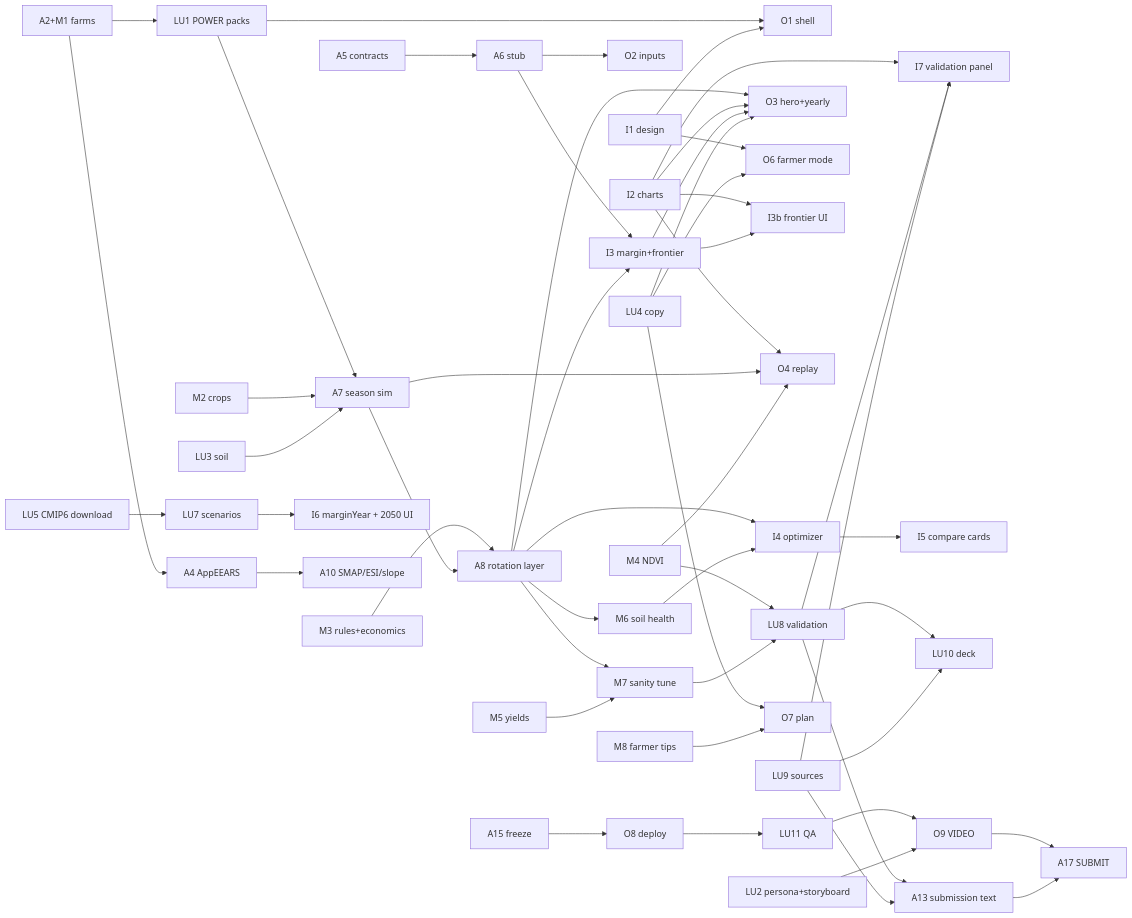
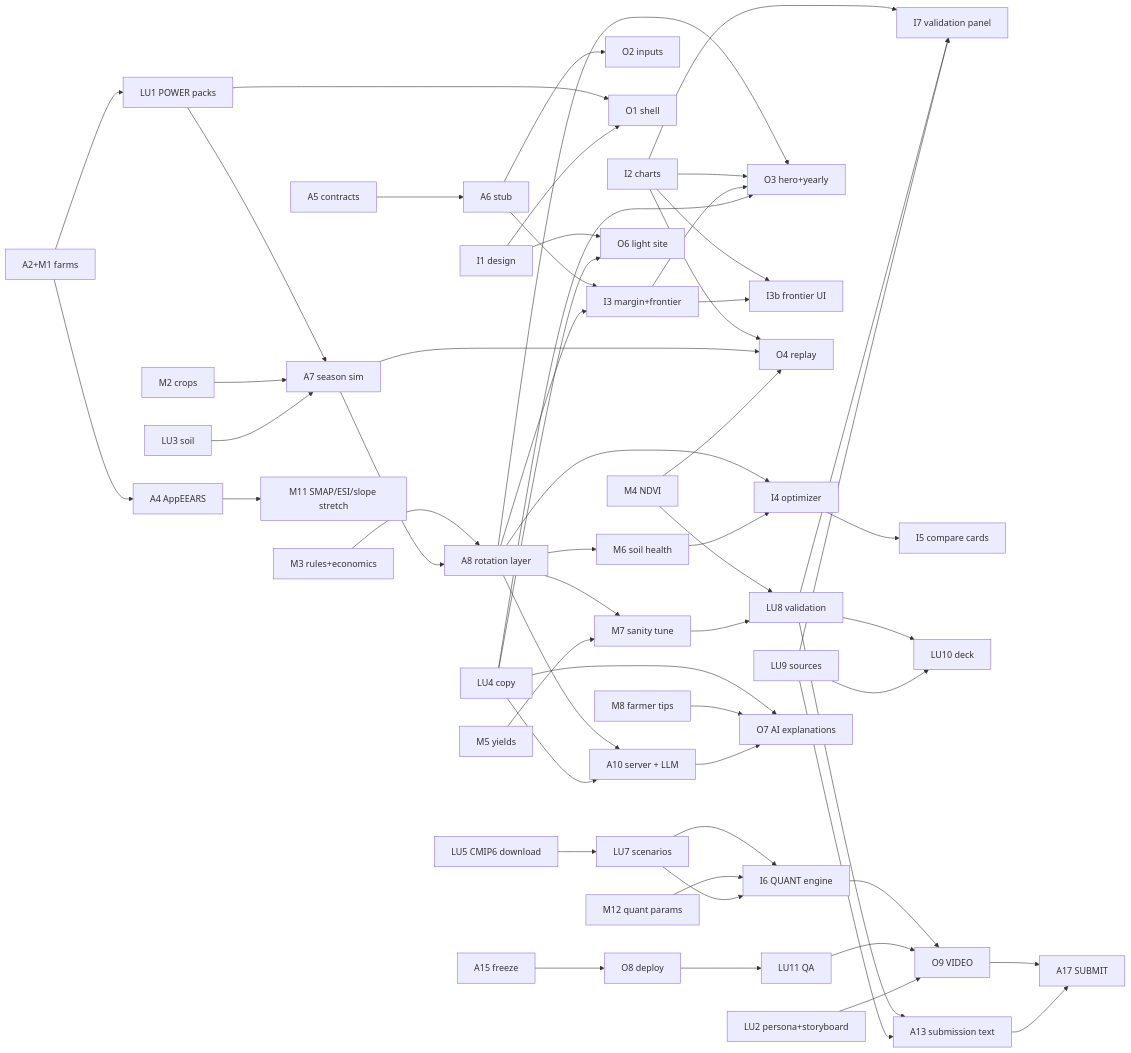
One commit to albert9994/nasa-test-local changed the diagram in docs/team/01_PLAN.md. Above: the diagram before and after it, drawn with Mermaid. The commit also changed other lines of this file and 10 other files, not shown here.

First line of the commit message:
Add product brainstorm; move plan to Rust engine, LLM and quant engine

````diff
--- a/docs/team/01_PLAN.md
+++ b/docs/team/01_PLAN.md
@@ -115,26 +117,31 @@
 ```mermaid
 flowchart LR
   A2[A2+M1 farms] --> LU1[LU1 POWER packs] & A4[A4 AppEEARS]
   A5[A5 contracts] --> A6[A6 stub] --> I3[I3 margin+frontier] & O2[O2 inputs]
   LU1 --> A7[A7 season sim] & O1[O1 shell]
   M2[M2 crops] --> A7
   LU3[LU3 soil] --> A7
   M3[M3 rules+economics] --> A8[A8 rotation layer]
   A7 --> A8 --> I3 & I4[I4 optimizer] & O3[O3 hero+yearly] & M6[M6 soil health] & M7[M7 sanity tune]
-  I1[I1 design] --> O1 & O6[O6 farmer mode]
+  I1[I1 design] --> O1 & O6[O6 light site]
   I2[I2 charts] --> O3 & I3b[I3b frontier UI] & O4[O4 replay] & I7[I7 validation panel]
   I3 --> O3 & I3b
   M6 --> I4 --> I5[I5 compare cards]
   A7 --> O4
   M4[M4 NDVI] --> O4 & LU8[LU8 validation]
   M5[M5 yields] --> M7 --> LU8
   LU5[LU5 CMIP6 download] --> LU7[LU7 scenarios] --> I6[I6 marginYear + 2050 UI]
   LU8 --> I7 & LU10[LU10 deck] & A13[A13 submission text]
   LU9[LU9 sources] --> I7 & A13 & LU10
   LU4[LU4 copy] --> O3 & O6 & O7[O7 plan]
   M8[M8 farmer tips] --> O7
-  A4 --> A10[A10 SMAP/ESI/slope]
+  A4 --> M11[M11 SMAP/ESI/slope stretch]
+  A8 --> A10[A10 server + LLM]
+  LU4 --> A10 --> O7[O7 AI explanations]
+  M12[M12 quant params] --> I6[I6 QUANT engine]
+  LU7 --> I6
+  I6 --> O9
   A15[A15 freeze] --> O8[O8 deploy] --> LU11[LU11 QA] --> O9[O9 VIDEO] --> A17[A17 SUBMIT]
   LU2[LU2 persona+storyboard] --> O9
   A13 --> A17
 ```
````
